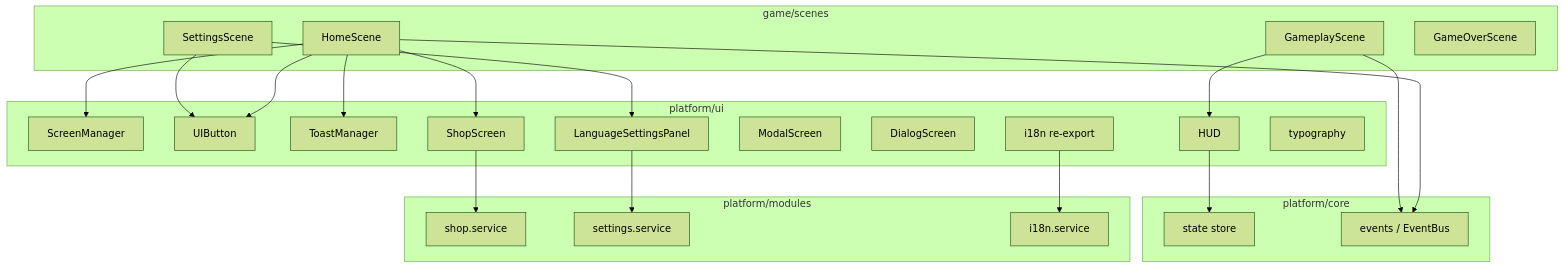
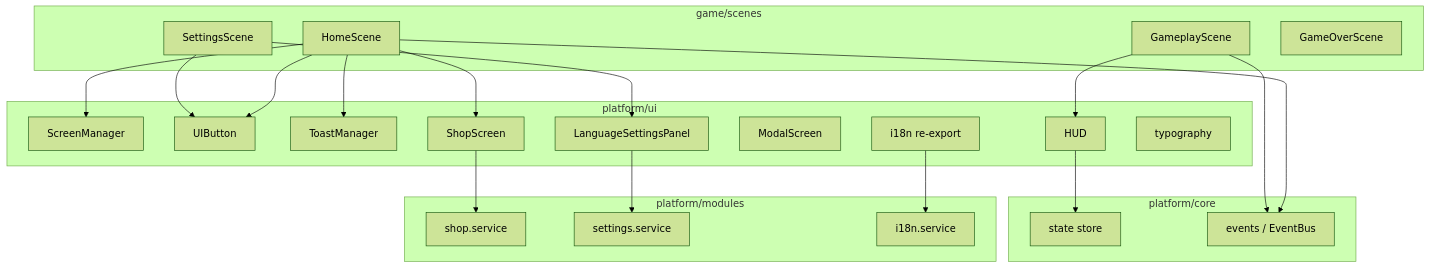
One commit to kevinvuong-mim/game-starter-kit changed the diagram in src/platform/ui/README.md. Above: the diagram before and after it, drawn with Mermaid (forest theme). The commit also changed other lines of this file and 14 other files, not shown here.

````diff
--- a/src/platform/ui/README.md
+++ b/src/platform/ui/README.md
@@ -727,54 +642,53 @@
 ```mermaid
 flowchart TB
 
 subgraph game["game/scenes"]
 home[HomeScene]
 gameplay[GameplayScene]
 settingsScene[SettingsScene]
 gameover[GameOverScene]
 end
 
 subgraph ui["platform/ui"]
 screenMgr[ScreenManager]
 button[UIButton]
 toast[ToastManager]
 hud[HUD]
 shopUI[ShopScreen]
 modal[ModalScreen]
-dialog[DialogScreen]
 langPanel[LanguageSettingsPanel]
 i18nUI[i18n re-export]
 typo[typography]
 end
 
 subgraph modules["platform/modules"]
 shopSvc[shop.service]
 settingsSvc[settings.service]
 i18nMod[i18n.service]
 end
 
 subgraph core["platform/core"]
 state[state store]
 eventBus[events / EventBus]
 end
 
 home --> screenMgr
 home --> shopUI
 home --> button
 home --> toast
 home --> eventBus
 
 gameplay --> hud
 gameplay --> eventBus
 
 settingsScene --> langPanel
 settingsScene --> button
 
 hud --> state
 
 shopUI --> shopSvc
 
 langPanel --> settingsSvc
 
 i18nUI --> i18nMod
 ```
````
